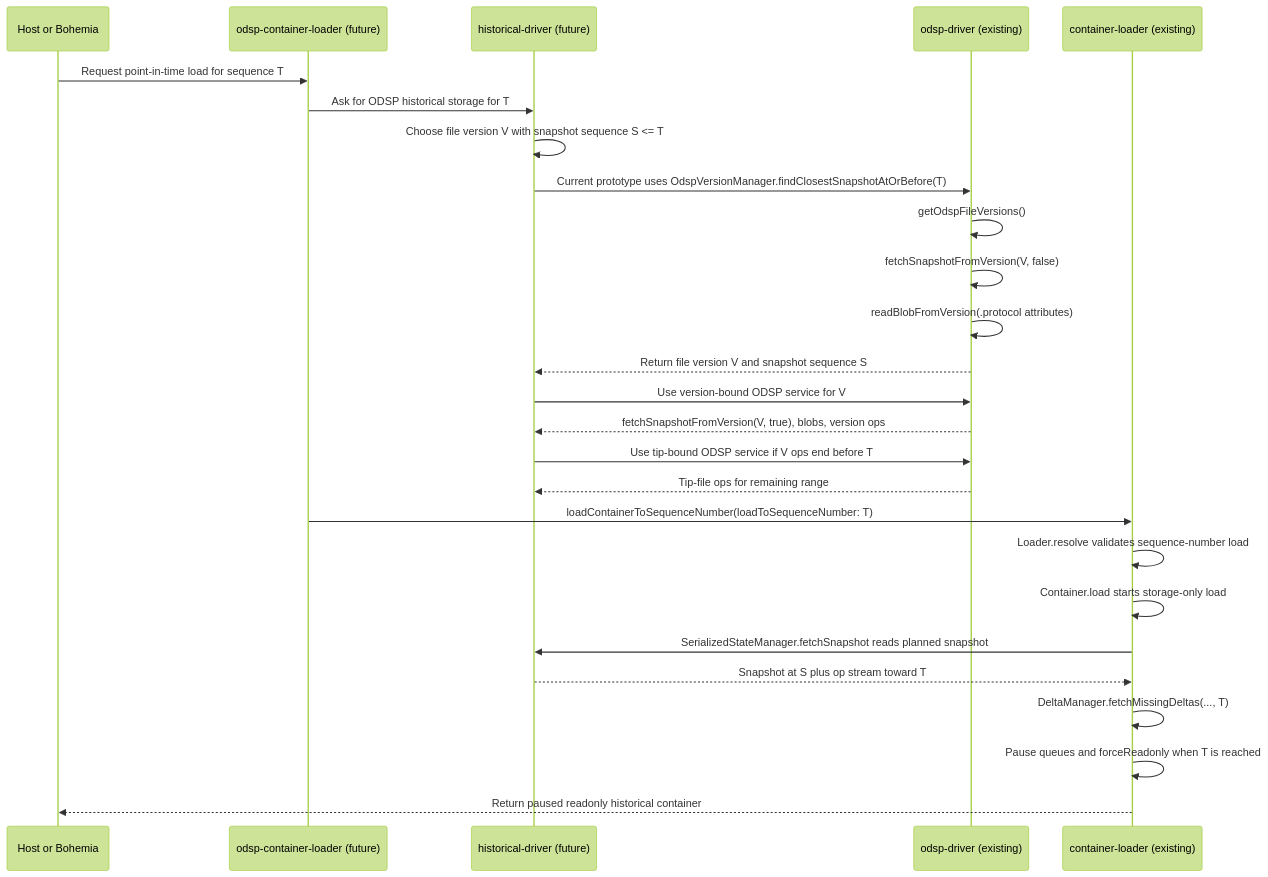
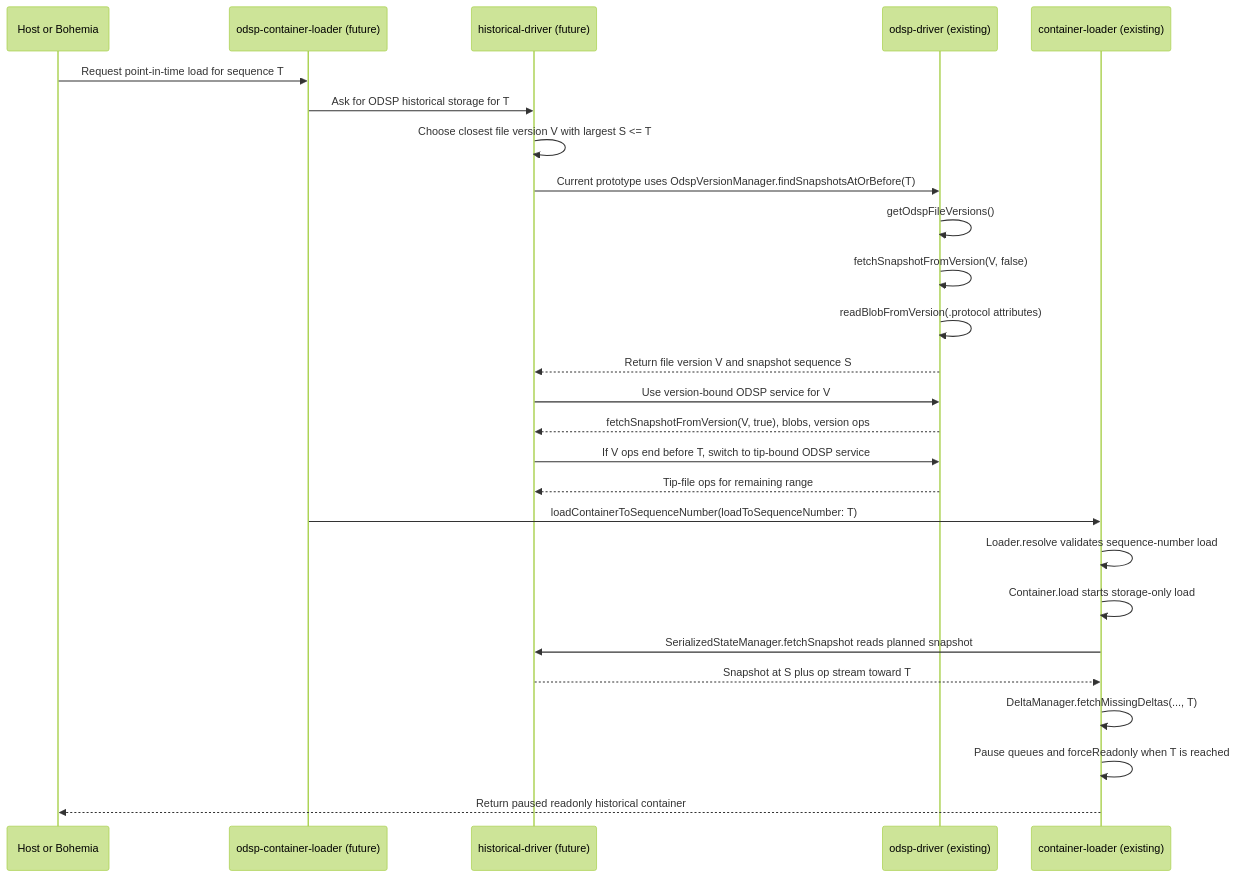
The diagram in packages/loader/container-loader/DEV.md (microsoft/FluidFramework), drawn with Mermaid (forest theme) before and after one commit. The commit also changed other lines of this file and 4 other files, not shown here.

````diff
--- a/packages/loader/container-loader/DEV.md
+++ b/packages/loader/container-loader/DEV.md
@@ -129,31 +263,31 @@
 ```mermaid
 sequenceDiagram
 	participant Host as Host or Bohemia
 	participant OCL as odsp-container-loader (future)
 	participant HD as historical-driver (future)
 	participant ODSP as odsp-driver (existing)
 	participant CL as container-loader (existing)
 
 	Host->>OCL: Request point-in-time load for sequence T
 	OCL->>HD: Ask for ODSP historical storage for T
-	HD->>HD: Choose file version V with snapshot sequence S <= T
-	HD->>ODSP: Current prototype uses OdspVersionManager.findClosestSnapshotAtOrBefore(T)
+	HD->>HD: Choose closest file version V with largest S <= T
+	HD->>ODSP: Current prototype uses OdspVersionManager.findSnapshotsAtOrBefore(T)
 	ODSP->>ODSP: getOdspFileVersions()
 	ODSP->>ODSP: fetchSnapshotFromVersion(V, false)
 	ODSP->>ODSP: readBlobFromVersion(.protocol attributes)
 	ODSP-->>HD: Return file version V and snapshot sequence S
 
 	HD->>ODSP: Use version-bound ODSP service for V
 	ODSP-->>HD: fetchSnapshotFromVersion(V, true), blobs, version ops
-	HD->>ODSP: Use tip-bound ODSP service if V ops end before T
+	HD->>ODSP: If V ops end before T, switch to tip-bound ODSP service
 	ODSP-->>HD: Tip-file ops for remaining range
 
 	OCL->>CL: loadContainerToSequenceNumber(loadToSequenceNumber: T)
 	CL->>CL: Loader.resolve validates sequence-number load
 	CL->>CL: Container.load starts storage-only load
 	CL->>HD: SerializedStateManager.fetchSnapshot reads planned snapshot
 	HD-->>CL: Snapshot at S plus op stream toward T
 	CL->>CL: DeltaManager.fetchMissingDeltas(..., T)
 	CL->>CL: Pause queues and forceReadonly when T is reached
 	CL-->>Host: Return paused readonly historical container
 ```
````
